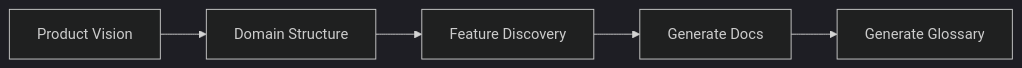
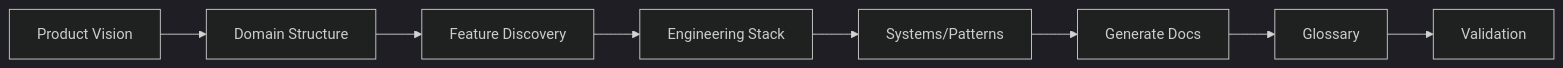
Before and after one commit to mattfletcher94/festinalente: the diagram in .festinalente/product/skills/define-product.md, drawn with Mermaid (dark theme). The commit also changed other lines of this file and 2 other files, not shown here.

````diff
--- a/.festinalente/product/skills/define-product.md
+++ b/.festinalente/product/skills/define-product.md
@@ -29,7 +29,10 @@
 ```mermaid
 flowchart LR
     A[Product Vision] --> B[Domain Structure]
     B --> C[Feature Discovery]
-    C --> D[Generate Docs]
-    D --> E[Generate Glossary]
+    C --> D[Engineering Stack]
+    D --> E[Systems/Patterns]
+    E --> F[Generate Docs]
+    F --> G[Glossary]
+    G --> H[Validation]
 ```
````
